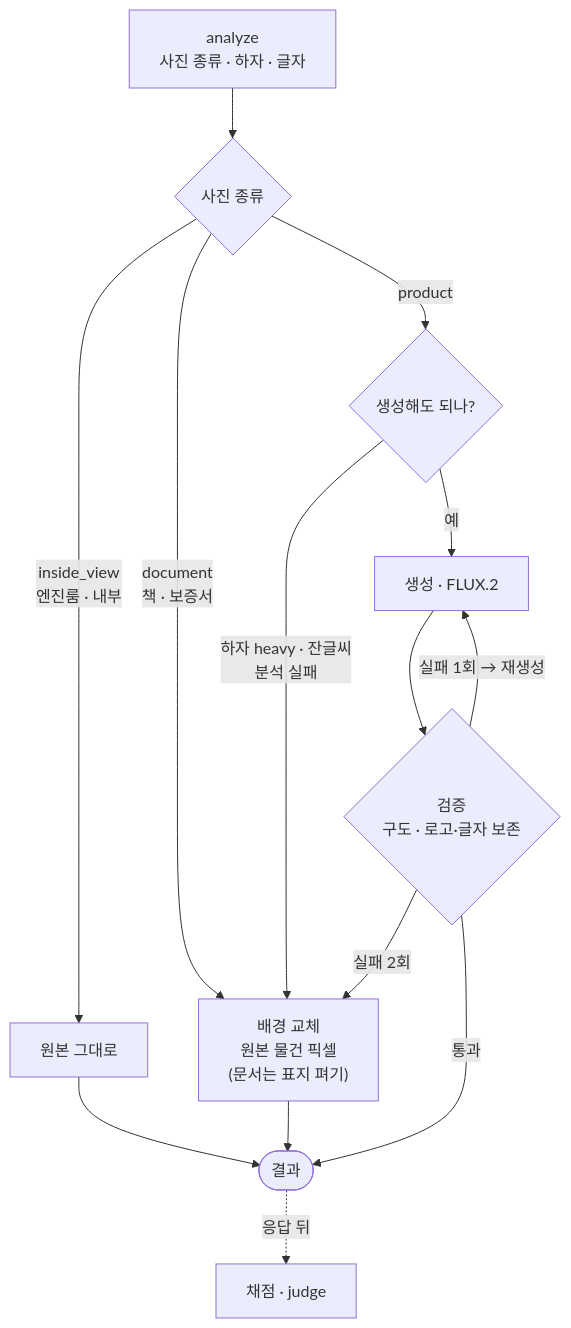
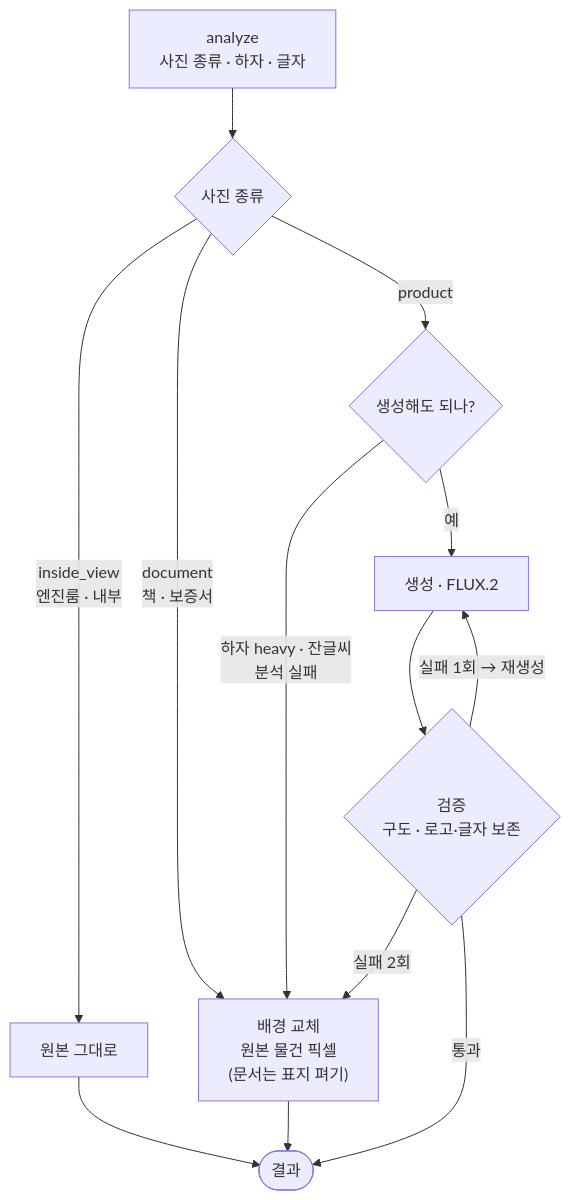
Before and after one commit to cha0620/Carret-App: the second of 2 diagrams in Readme.ko.md, drawn with Mermaid. The commit also changed other lines of this file and 27 other files, not shown here.

````diff
--- a/Readme.ko.md
+++ b/Readme.ko.md
@@ -72,16 +72,15 @@
 ```mermaid
 flowchart TD
   A["analyze<br/>사진 종류 · 하자 · 글자"] --> P{"사진 종류"}
   P -->|"inside_view<br/>엔진룸 · 내부"| O["원본 그대로"]
   P -->|"document<br/>책 · 보증서"| X["배경 교체<br/>원본 물건 픽셀<br/>(문서는 표지 펴기)"]
   P -->|product| C{"생성해도 되나?"}
   C -->|"하자 heavy · 잔글씨<br/>분석 실패"| X
   C -->|예| G["생성 · FLUX.2"]
   G --> V{"검증<br/>구도 · 로고·글자 보존"}
   V -->|"실패 1회 → 재생성"| G
   V -->|"실패 2회"| X
   V -->|통과| R(["결과"])
   X --> R
   O --> R
-  R -.->|응답 뒤| J["채점 · judge"]
 ```
````
